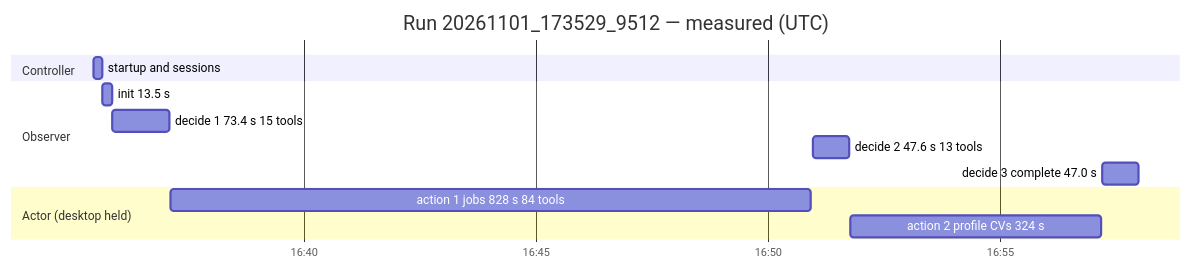
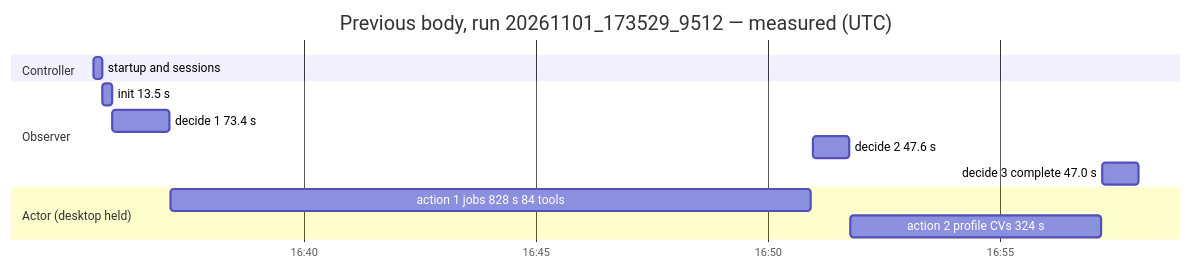
The sixth of 6 diagrams in README.md (wgabrys88/Trident), drawn with Mermaid before and after one commit. The commit also changed other lines of this file, not shown here.

First line of the commit message:
Rewrite README for the living-organism body; this message is a reviewer's first prompt

````diff
--- a/README.md
+++ b/README.md
@@ -370,16 +330,16 @@
 ```mermaid
 gantt
-  title Run 20261101_173529_9512 — measured (UTC)
+  title Previous body, run 20261101_173529_9512 — measured (UTC)
   dateFormat HH:mm:ss
   axisFormat %H:%M
   section Controller
-  startup and sessions          :16:35:29, 16:35:40
+  startup and sessions            :16:35:29, 16:35:40
   section Observer
-  init 13.5 s                   :16:35:40, 16:35:53
-  decide 1 73.4 s 15 tools      :16:35:53, 16:37:07
-  decide 2 47.6 s 13 tools      :16:50:58, 16:51:45
-  decide 3 complete 47.0 s      :16:57:12, 16:57:59
+  init 13.5 s                     :16:35:40, 16:35:53
+  decide 1 73.4 s                 :16:35:53, 16:37:07
+  decide 2 47.6 s                 :16:50:58, 16:51:45
+  decide 3 complete 47.0 s        :16:57:12, 16:57:59
   section Actor (desktop held)
-  action 1 jobs 828 s 84 tools  :16:37:08, 16:50:56
-  action 2 profile CVs 324 s    :16:51:47, 16:57:10
+  action 1 jobs 828 s 84 tools    :16:37:08, 16:50:56
+  action 2 profile CVs 324 s      :16:51:47, 16:57:10
 ```
````
